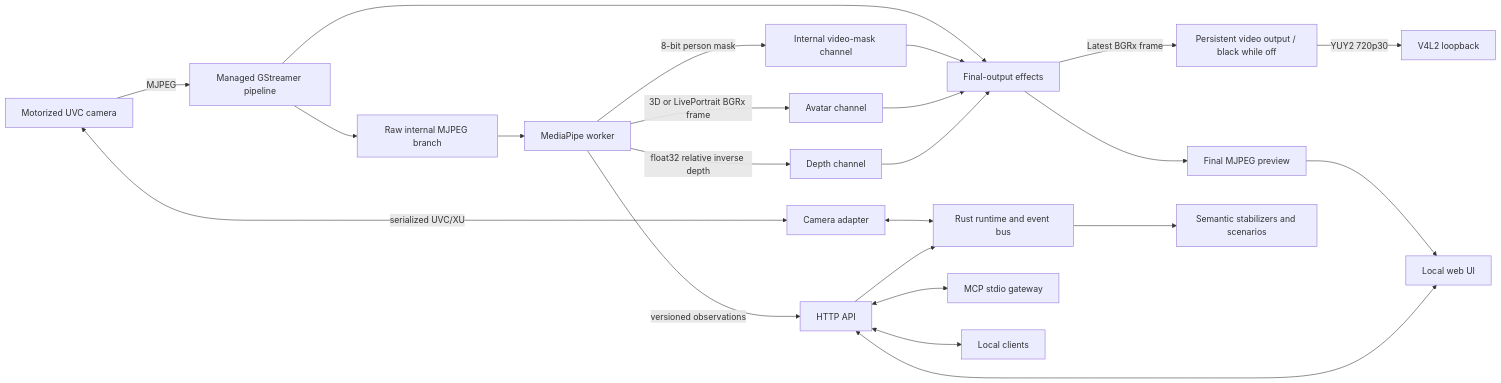
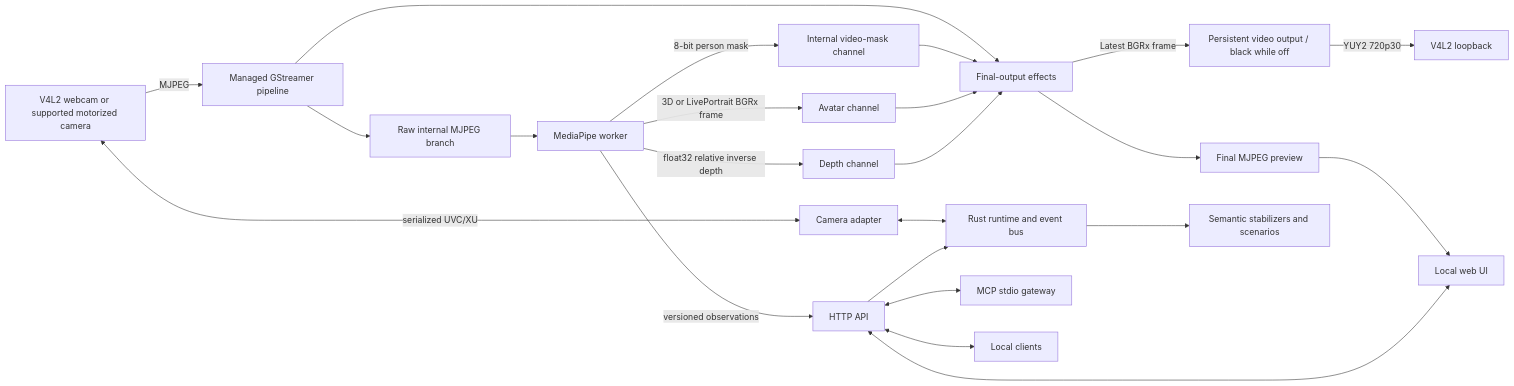
Before and after one commit to dguerizec/tarsier: the diagram in README.md, drawn with Mermaid. The commit also changed other lines of this file, not shown here.

First line of the commit message:
docs: clarify support for non-motorized webcams

````diff
--- a/README.md
+++ b/README.md
@@ -106,27 +115,27 @@
 ```mermaid
 flowchart LR
-    Camera[Motorized UVC camera] -->|MJPEG| Pipeline[Managed GStreamer pipeline]
+    Camera[V4L2 webcam or supported motorized camera] -->|MJPEG| Pipeline[Managed GStreamer pipeline]
     Camera <-->|serialized UVC/XU| Adapter[Camera adapter]
 
     Pipeline --> RawPreview[Raw internal MJPEG branch]
     RawPreview --> Worker[MediaPipe worker]
     Worker -->|8-bit person mask| Mask[Internal video-mask channel]
     Worker -->|3D or LivePortrait BGRx frame| Avatar[Avatar channel]
     Worker -->|float32 relative inverse depth| Depth[Depth channel]
     Pipeline --> Effects[Final-output effects]
     Mask --> Effects
     Avatar --> Effects
     Depth --> Effects
     Effects -->|Latest BGRx frame| VirtualOutput[Persistent video output / black while off]
     VirtualOutput -->|YUY2 720p30| Loopback[V4L2 loopback]
     Effects --> Preview[Final MJPEG preview]
     Preview --> UI[Local web UI]
 
     Adapter <--> Core[Rust runtime and event bus]
     Worker -->|versioned observations| API[HTTP API]
     API --> Core
     Core --> Scenarios[Semantic stabilizers and scenarios]
     API <--> UI
     API <--> MCP[MCP stdio gateway]
     API <--> Clients[Local clients]
 ```
````
